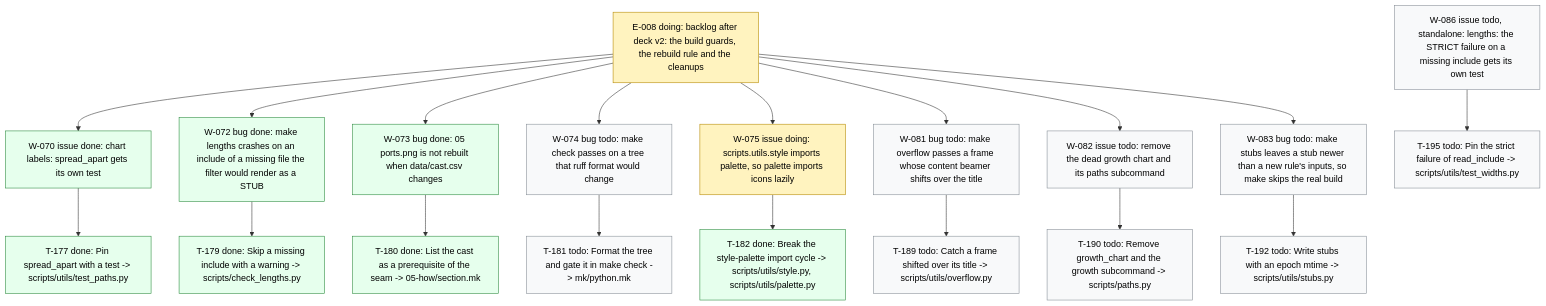
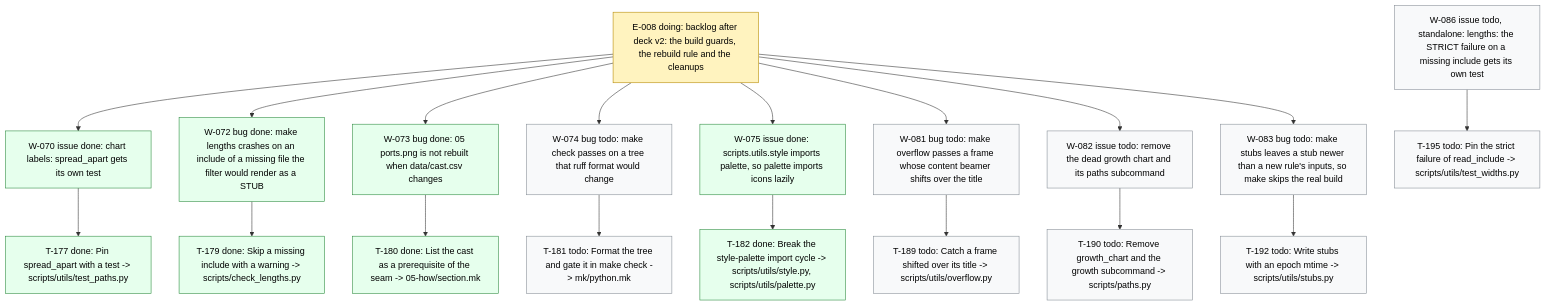
The diagram in .board/BOARD.md (dpopchev/chaos-to-simple), drawn with Mermaid before and after one commit. The commit also changed other lines of this file and 1 other file, not shown here.

Commit message:
chore(board): close W-075 -- landed
Refs: W-075

````diff
--- a/.board/BOARD.md
+++ b/.board/BOARD.md
@@ -486,30 +486,30 @@
 ```mermaid
 flowchart TD
   E008["E-008 doing: backlog after deck v2: the build guards, the rebuild rule and the cleanups"]
   E008 --> W070["W-070 issue done: chart labels: spread_apart gets its own test"]
   W070 --> T177["T-177 done: Pin spread_apart with a test -> scripts/utils/test_paths.py"]
   E008 --> W072["W-072 bug done: make lengths crashes on an include of a missing file the filter would render as a STUB"]
   W072 --> T179["T-179 done: Skip a missing include with a warning -> scripts/check_lengths.py"]
   E008 --> W073["W-073 bug done: 05 ports.png is not rebuilt when data/cast.csv changes"]
   W073 --> T180["T-180 done: List the cast as a prerequisite of the seam -> 05-how/section.mk"]
   E008 --> W074["W-074 bug todo: make check passes on a tree that ruff format would change"]
   W074 --> T181["T-181 todo: Format the tree and gate it in make check -> mk/python.mk"]
-  E008 --> W075["W-075 issue doing: scripts.utils.style imports palette, so palette imports icons lazily"]
+  E008 --> W075["W-075 issue done: scripts.utils.style imports palette, so palette imports icons lazily"]
   W075 --> T182["T-182 done: Break the style-palette import cycle -> scripts/utils/style.py, scripts/utils/palette.py"]
   E008 --> W081["W-081 bug todo: make overflow passes a frame whose content beamer shifts over the title"]
   W081 --> T189["T-189 todo: Catch a frame shifted over its title -> scripts/utils/overflow.py"]
   E008 --> W082["W-082 issue todo: remove the dead growth chart and its paths subcommand"]
   W082 --> T190["T-190 todo: Remove growth_chart and the growth subcommand -> scripts/paths.py"]
   E008 --> W083["W-083 bug todo: make stubs leaves a stub newer than a new rule's inputs, so make skips the real build"]
   W083 --> T192["T-192 todo: Write stubs with an epoch mtime -> scripts/utils/stubs.py"]
   W086["W-086 issue todo, standalone: lengths: the STRICT failure on a missing include gets its own test"]
   W086 --> T195["T-195 todo: Pin the strict failure of read_include -> scripts/utils/test_widths.py"]
   classDef doing fill:#fff3bf,stroke:#b58900,color:#000;
   classDef blocked fill:#ffe3e3,stroke:#c92a2a,color:#000;
   classDef done fill:#e6ffed,stroke:#2b8a3e,color:#000;
   classDef todo fill:#f8f9fa,stroke:#868e96,color:#000;
   classDef pruned fill:#f1f3f5,stroke:#adb5bd,color:#000;
-  class E008,W075 doing
-  class W070,T177,W072,T179,W073,T180,T182 done
+  class E008 doing
+  class W070,T177,W072,T179,W073,T180,W075,T182 done
   class W074,T181,W081,T189,W082,T190,W083,T192,W086,T195 todo
 ```
````
